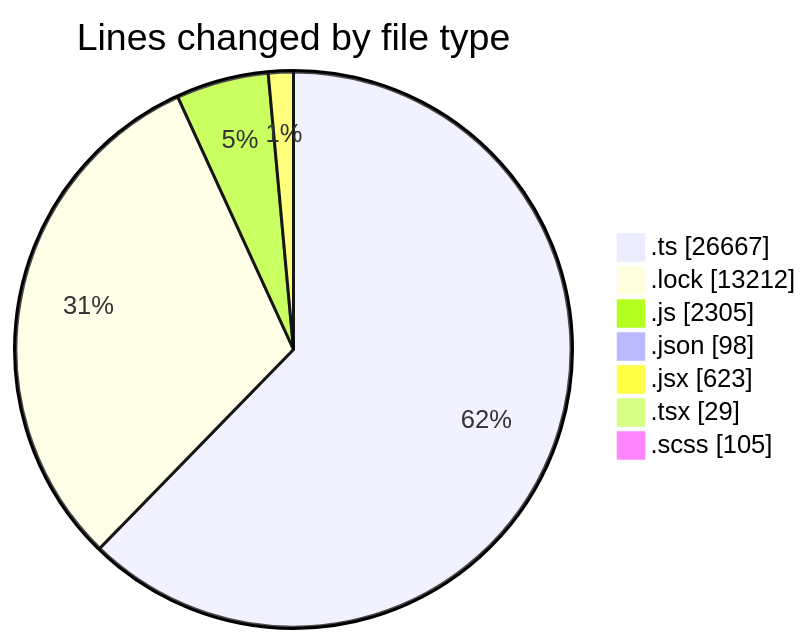
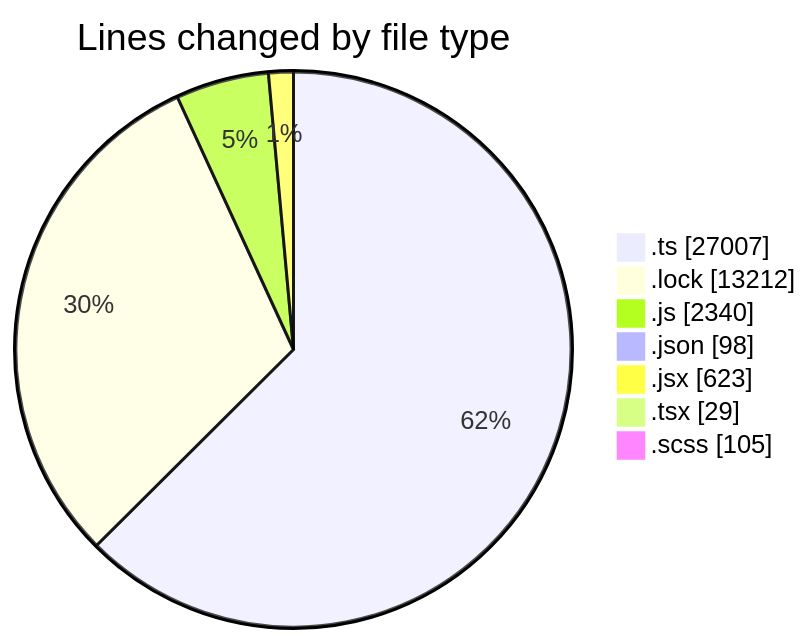
One commit to momahboobian/code-tracking changed the first of 2 diagrams in 2025-05-16/cda/README.md. Above: the diagram before and after it, drawn with Mermaid. The commit also changed other lines of this file and 1 other file, not shown here.

````diff
--- a/2025-05-16/cda/README.md
+++ b/2025-05-16/cda/README.md
@@ -40,11 +40,11 @@
 ```mermaid
 pie showData
 title Lines changed by file type
-".ts" : 26667
+".ts" : 27007
 ".lock" : 13212
-".js" : 2305
+".js" : 2340
 ".json" : 98
 ".jsx" : 623
 ".tsx" : 29
 ".scss" : 105
 ```
````
